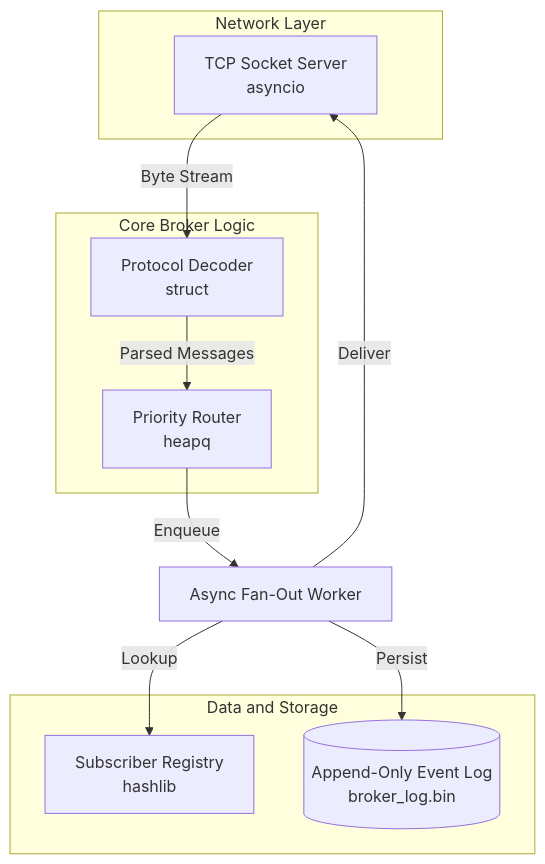
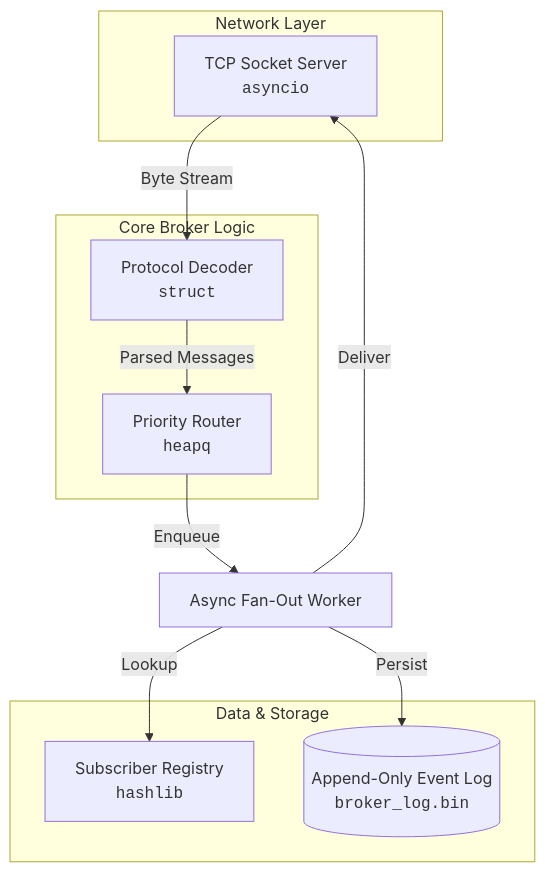
The fifth of 5 diagrams in README.md (CN-2026-IIITA/Sentinel-Home-Hub), drawn with Mermaid before and after one commit. The commit also changed other lines of this file, not shown here.

````diff
--- a/README.md
+++ b/README.md
@@ -179,23 +179,23 @@
 ```mermaid
 flowchart TD
     subgraph Network Layer
-        TCP["TCP Socket Server<br/>asyncio"]
+        TCP[TCP Socket Server<br><code>asyncio</code>]
     end
 
     subgraph Core Broker Logic
-        Parser["Protocol Decoder<br/>struct"]
-        QoS["Priority Router<br/>heapq"]
+        Parser[Protocol Decoder<br><code>struct</code>]
+        QoS[Priority Router<br><code>heapq</code>]
     end
 
-    subgraph Data and Storage
-        State["Subscriber Registry<br/>hashlib"]
-        Log[("Append-Only Event Log<br/>broker_log.bin")]
+    subgraph Data & Storage
+        State[Subscriber Registry<br><code>hashlib</code>]
+        Log[(Append-Only Event Log<br><code>broker_log.bin</code>)]
     end
 
-    TCP -- "Byte Stream" --> Parser
-    Parser -- "Parsed Messages" --> QoS
-    QoS -- "Enqueue" --> Router["Async Fan-Out Worker"]
-    Router -- "Lookup" --> State
-    Router -- "Persist" --> Log
-    Router -- "Deliver" --> TCP
+    TCP -- Byte Stream --> Parser
+    Parser -- Parsed Messages --> QoS
+    QoS -- Enqueue --> Router[Async Fan-Out Worker]
+    Router -- Lookup --> State
+    Router -- Persist --> Log
+    Router -- Deliver --> TCP
 ```
````
